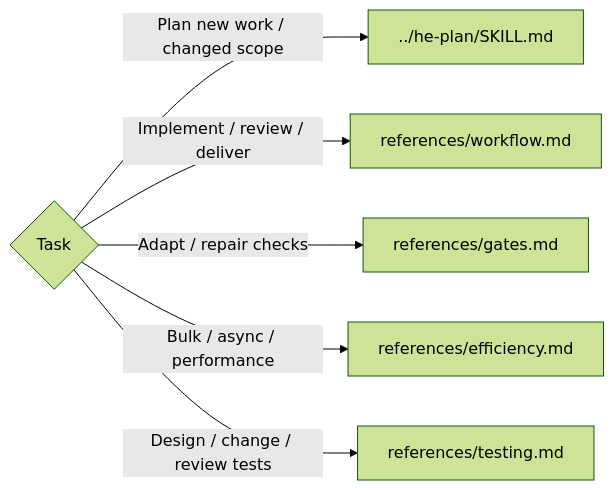
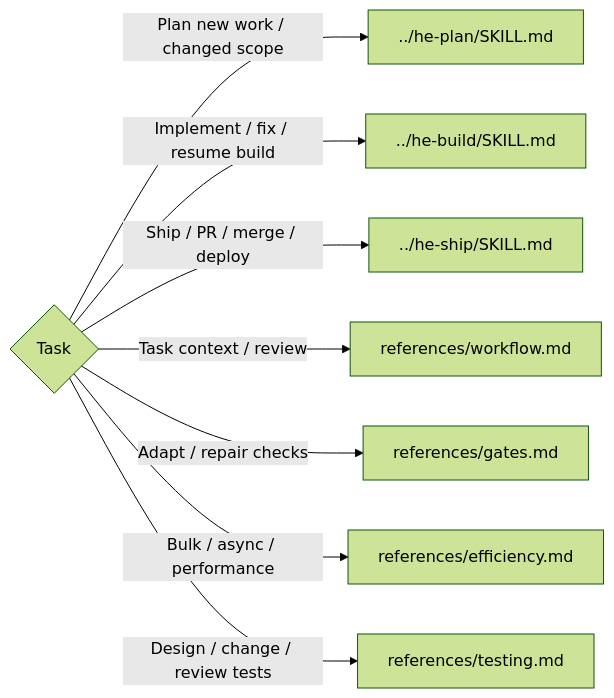
The diagram in .agents/skills/he/SKILL.md (sgaabdu4/hard-eng), drawn with Mermaid (forest theme) before and after one commit. The commit also changed 15 other files, not shown here.

````diff
--- a/.agents/skills/he/SKILL.md
+++ b/.agents/skills/he/SKILL.md
@@ -10,13 +10,17 @@
 ```mermaid
 flowchart LR
   T{Task} -->|Plan new work / changed scope| P[../he-plan/SKILL.md]
-  T -->|Implement / review / deliver| W[references/workflow.md]
+  T -->|Implement / fix / resume build| B[../he-build/SKILL.md]
+  T -->|Ship / PR / merge / deploy| S[../he-ship/SKILL.md]
+  T -->|Task context / review| W[references/workflow.md]
   T -->|Adapt / repair checks| G[references/gates.md]
   T -->|Bulk / async / performance| E[references/efficiency.md]
   T -->|Design / change / review tests| Q[references/testing.md]
   click W "references/workflow.md"
   click P "../he-plan/SKILL.md"
+  click B "../he-build/SKILL.md"
+  click S "../he-ship/SKILL.md"
   click G "references/gates.md"
   click E "references/efficiency.md"
   click Q "references/testing.md"
 ```
````
